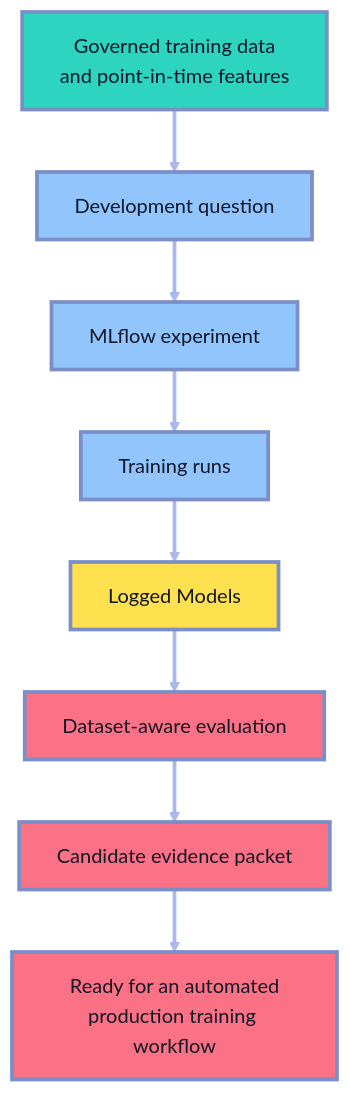
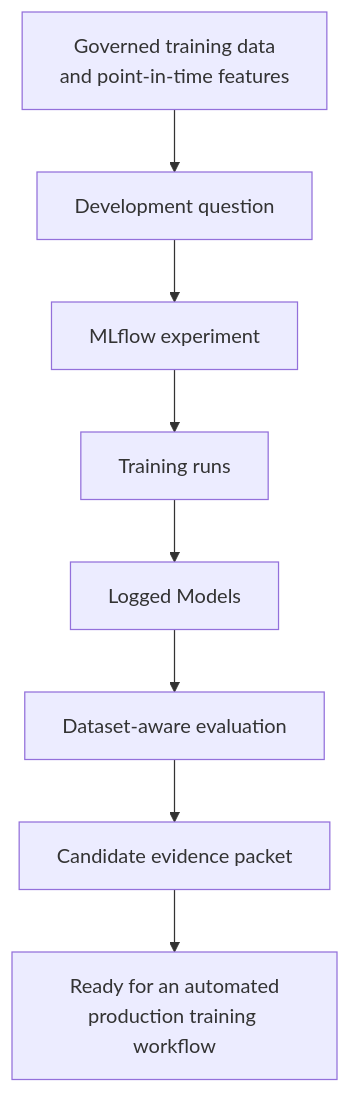
One commit to senlinyy/dev-roadmaps changed the first of 5 diagrams in roadmaps/mlops/modules/mlops-infrastructure/cloud-mlops-services/databricks-mlops/04-mlflow-3-experiments-logged-models-evaluation.md. Above: the diagram before and after it, drawn with Mermaid. The commit also changed other lines of this file and 152 other files, not shown here.

Commit message:
feat: mlops and diagrams updated

````diff
--- a/roadmaps/mlops/modules/mlops-infrastructure/cloud-mlops-services/databricks-mlops/04-mlflow-3-experiments-logged-models-evaluation.md
+++ b/roadmaps/mlops/modules/mlops-infrastructure/cloud-mlops-services/databricks-mlops/04-mlflow-3-experiments-logged-models-evaluation.md
@@ -82,20 +82,15 @@
 ```mermaid
 flowchart TD
     A["Governed training data<br/>and point-in-time features"] --> B["Development question"]
     B --> C["MLflow experiment"]
     C --> D["Training runs"]
     D --> E["Logged Models"]
     E --> F["Dataset-aware evaluation"]
     F --> G["Candidate evidence packet"]
     G --> H["Ready for an automated<br/>production training workflow"]
 
-    classDef data fill:#2DD4BF,stroke:#7C8EC6,stroke-width:3px,color:#0F172A
-    classDef thought fill:#93C5FD,stroke:#7C8EC6,stroke-width:3px,color:#0F172A
-    classDef model fill:#FFE04F,stroke:#7C8EC6,stroke-width:3px,color:#111827
-    classDef evidence fill:#FB7185,stroke:#7C8EC6,stroke-width:3px,color:#111827
     class A data
     class B,C,D thought
     class E model
     class F,G,H evidence
-    linkStyle default stroke:#AAB9E8,stroke-width:3px
 ```
````
